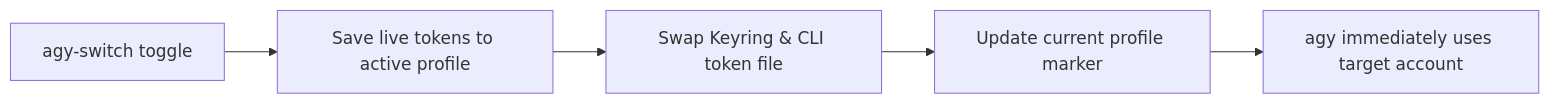
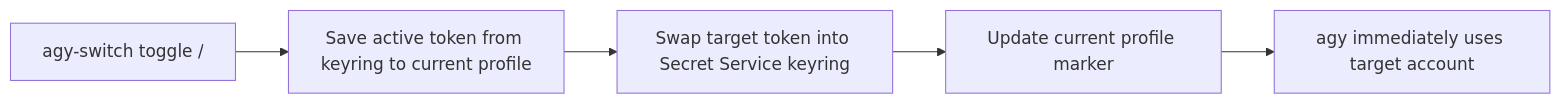
Before and after one commit to quantavil/linux-setup: the diagram in agy-switch/README.md, drawn with Mermaid. The commit also changed other lines of this file and 2 other files, not shown here.

Commit message:
fix(agy-switch): target default keyring, eliminate session collection bug and AI slop

````diff
--- a/agy-switch/README.md
+++ b/agy-switch/README.md
@@ -26,7 +26,7 @@
 ```mermaid
 flowchart LR
-    A["agy-switch toggle"] --> B["Save live tokens to active profile"]
-    B --> C["Swap Keyring & CLI token file"]
+    A["agy-switch toggle / <id>"] --> B["Save active token from keyring to current profile"]
+    B --> C["Swap target token into Secret Service keyring"]
     C --> D["Update current profile marker"]
     D --> E["agy immediately uses target account"]
 ```
````
